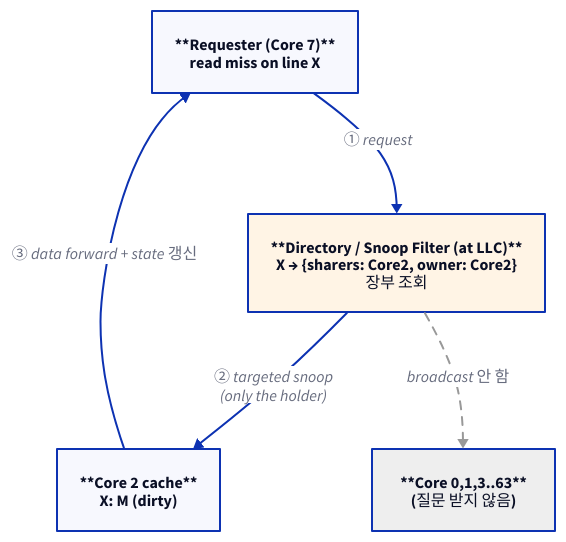
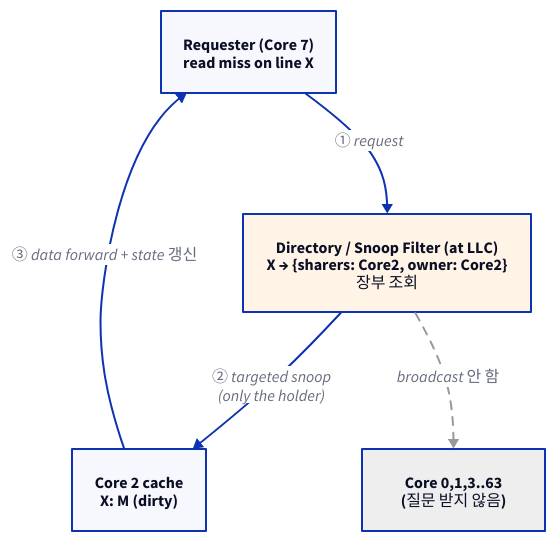
One commit to humbleowl39/DV_SKOOL changed the first of 3 diagrams in starlight_site/src/content/docs/cache_coherence/03_directory_scalability.md. Above: the diagram before and after it, drawn with D2. The commit also changed other lines of this file and 714 other files, not shown here.

First line of the commit message:
fix(site): d2 다이어그램 가독성 결함 6종 일괄 수정

````diff
--- a/starlight_site/src/content/docs/cache_coherence/03_directory_scalability.md
+++ b/starlight_site/src/content/docs/cache_coherence/03_directory_scalability.md
@@ -37,19 +37,19 @@
 ```d2
 direction: down
 
-REQ: "**Requester (Core 7)**\nread miss on line X"
-DIR: "**Directory / Snoop Filter (at LLC)**\nX → {sharers: Core2, owner: Core2}\n장부 조회" {
+REQ: "Requester (Core 7)\nread miss on line X"
+DIR: "Directory / Snoop Filter (at LLC)\nX → {sharers: Core2, owner: Core2}\n장부 조회" {
   style.fill: "#fff4e5"
   style.font-color: "#0A0F25"
 }
-C2: "**Core 2 cache**\nX: M (dirty)"
-OTHERS: "**Core 0,1,3..63**\n(질문 받지 않음)" {
+C2: "Core 2 cache\nX: M (dirty)"
+OTHERS: "Core 0,1,3..63\n(질문 받지 않음)" {
   style.fill: "#eeeeee"
   style.font-color: "#0A0F25"
 }
 
 REQ -> DIR: "① request"
 DIR -> C2: "② targeted snoop\n(only the holder)"
 C2 -> REQ: "③ data forward + state 갱신"
 DIR -> OTHERS: "broadcast 안 함" { style.stroke-dash: 4; style.stroke: "#999" }
 ```
````
